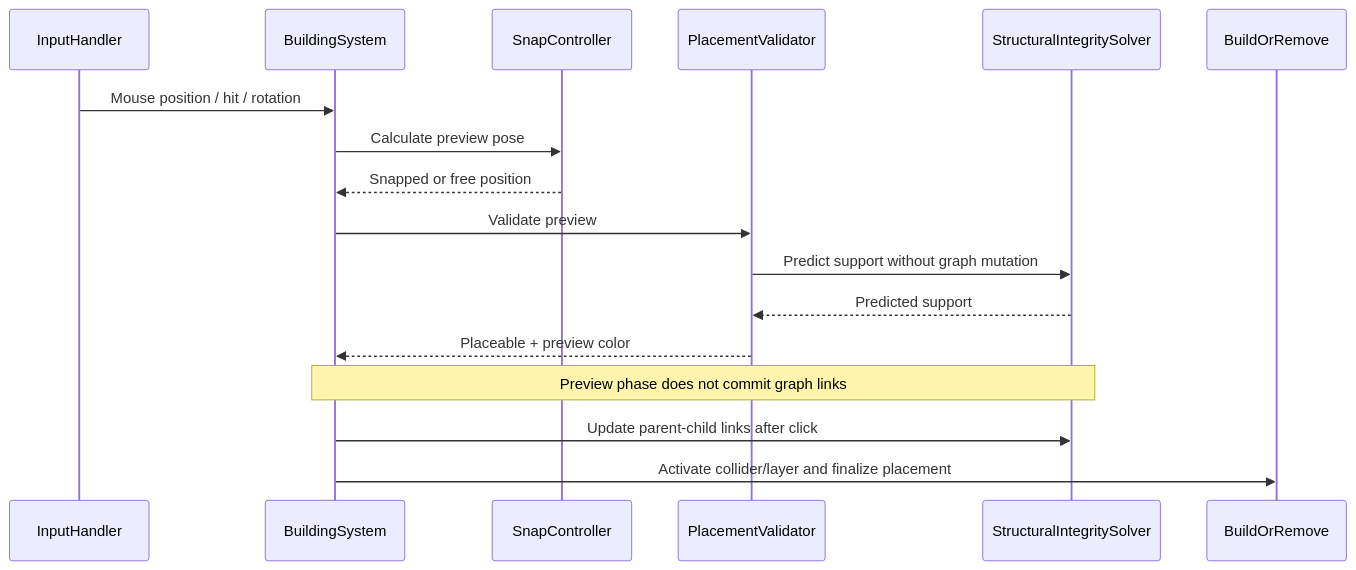
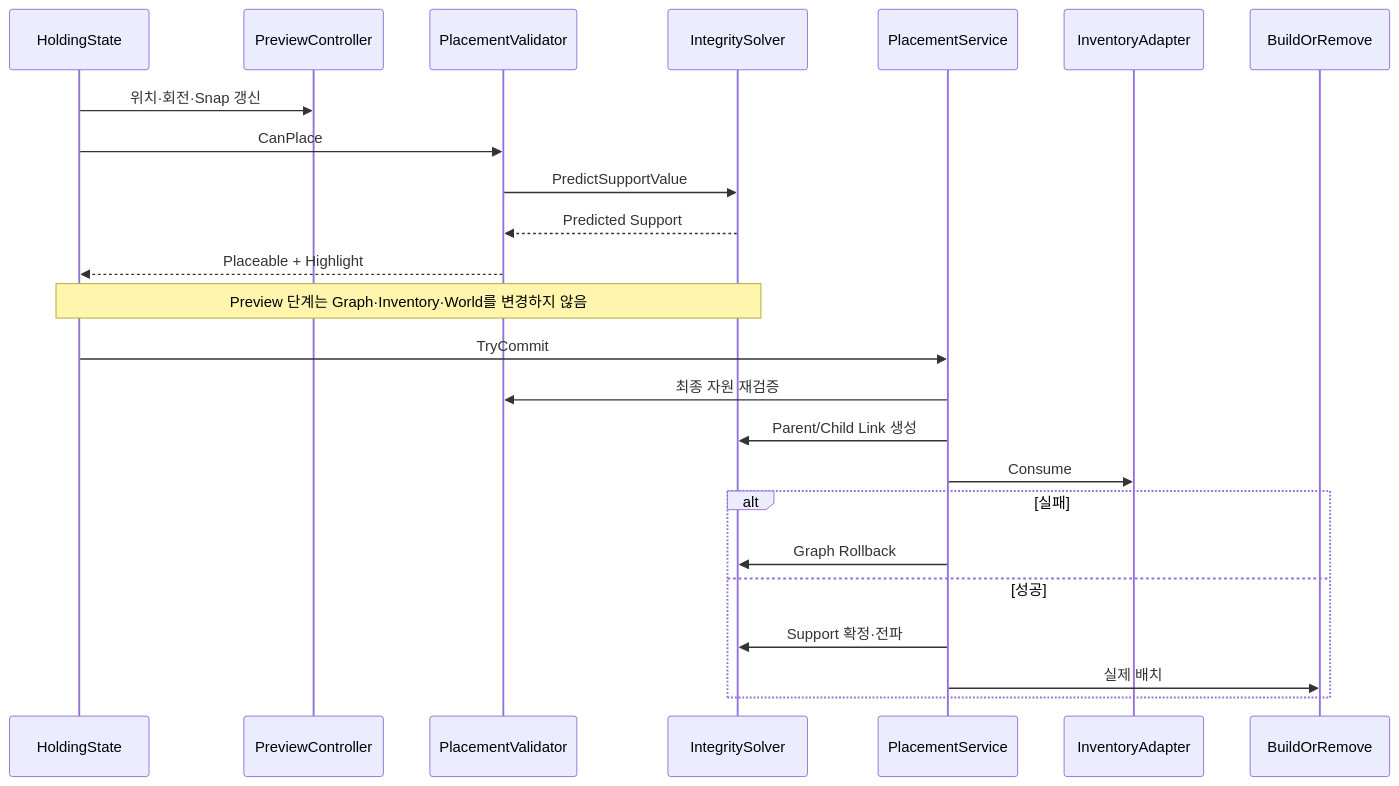
The second of 5 diagrams in docs/ARCHITECTURE.md (myWworld/Unity-Gameplay-Code-Samples), drawn with Mermaid before and after one commit. The commit also changed other lines of this file and 12 other files, not shown here.

````diff
--- a/docs/ARCHITECTURE.md
+++ b/docs/ARCHITECTURE.md
@@ -26,20 +42,29 @@
 ```mermaid
 sequenceDiagram
-    participant Input as InputHandler
-    participant System as BuildingSystem
-    participant Snap as SnapController
+    participant State as HoldingState
+    participant Preview as PreviewController
     participant Validator as PlacementValidator
-    participant Solver as StructuralIntegritySolver
-    participant Commit as BuildOrRemove
+    participant Solver as IntegritySolver
+    participant Service as PlacementService
+    participant Inventory as InventoryAdapter
+    participant World as BuildOrRemove
 
-    Input->>System: Mouse position / hit / rotation
-    System->>Snap: Calculate preview pose
-    Snap-->>System: Snapped or free position
-    System->>Validator: Validate preview
-    Validator->>Solver: Predict support without graph mutation
-    Solver-->>Validator: Predicted support
-    Validator-->>System: Placeable + preview color
-    Note over System,Solver: Preview phase does not commit graph links
-    System->>Solver: Update parent-child links after click
-    System->>Commit: Activate collider/layer and finalize placement
+    State->>Preview: 위치·회전·Snap 갱신
+    State->>Validator: CanPlace
+    Validator->>Solver: PredictSupportValue
+    Solver-->>Validator: Predicted Support
+    Validator-->>State: Placeable + Highlight
+
+    Note over State,Solver: Preview 단계는 Graph·Inventory·World를 변경하지 않음
+
+    State->>Service: TryCommit
+    Service->>Validator: 최종 자원 재검증
+    Service->>Solver: Parent/Child Link 생성
+    Service->>Inventory: Consume
+    alt 실패
+        Service->>Solver: Graph Rollback
+    else 성공
+        Service->>Solver: Support 확정·전파
+        Service->>World: 실제 배치
+    end
 ```
````
